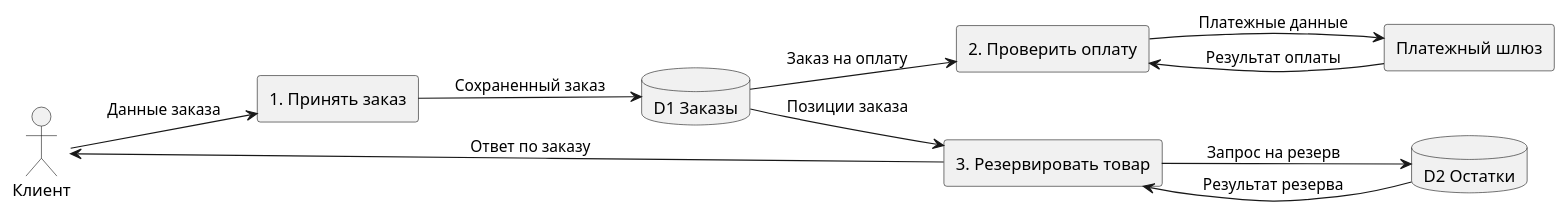
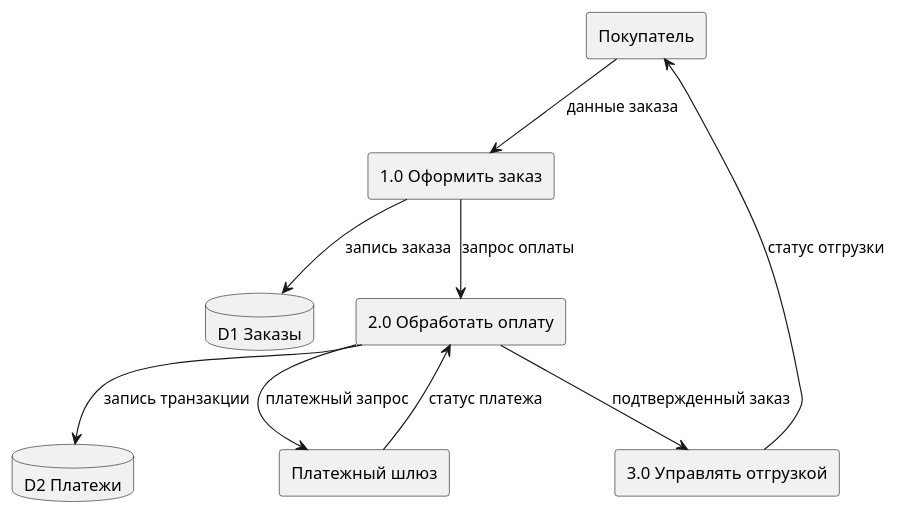
One commit to iwizy/analyst_kb changed the diagram in docs/notations/dfd.md. Above: the diagram before and after it, drawn with PlantUML. The commit also changed other lines of this file and 20 other files, not shown here.

````diff
--- a/docs/notations/dfd.md
+++ b/docs/notations/dfd.md
@@ -45,22 +47,20 @@
 ```kroki-plantuml
 @startuml
-left to right direction
-actor "Клиент" as Customer
+rectangle "Покупатель" as Customer
+rectangle "1.0 Оформить заказ" as P1
+rectangle "2.0 Обработать оплату" as P2
+rectangle "3.0 Управлять отгрузкой" as P3
 database "D1 Заказы" as D1
-database "D2 Остатки" as D2
-rectangle "1. Принять заказ" as P1
-rectangle "2. Проверить оплату" as P2
-rectangle "3. Резервировать товар" as P3
-rectangle "Платежный шлюз" as Payment
+database "D2 Платежи" as D2
+rectangle "Платежный шлюз" as PSP
 
-Customer --> P1 : Данные заказа
-P1 --> D1 : Сохраненный заказ
-D1 --> P2 : Заказ на оплату
-P2 --> Payment : Платежные данные
-Payment --> P2 : Результат оплаты
-D1 --> P3 : Позиции заказа
-P3 --> D2 : Запрос на резерв
-D2 --> P3 : Результат резерва
-P3 --> Customer : Ответ по заказу
+Customer --> P1 : данные заказа
+P1 --> D1 : запись заказа
+P1 --> P2 : запрос оплаты
+P2 --> PSP : платежный запрос
+PSP --> P2 : статус платежа
+P2 --> D2 : запись транзакции
+P2 --> P3 : подтвержденный заказ
+P3 --> Customer : статус отгрузки
 @enduml
 ```
````
